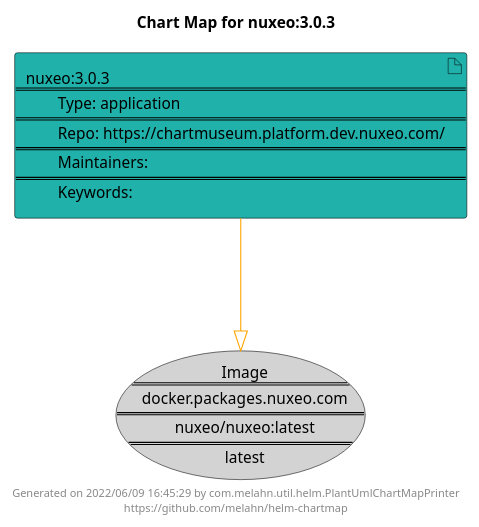
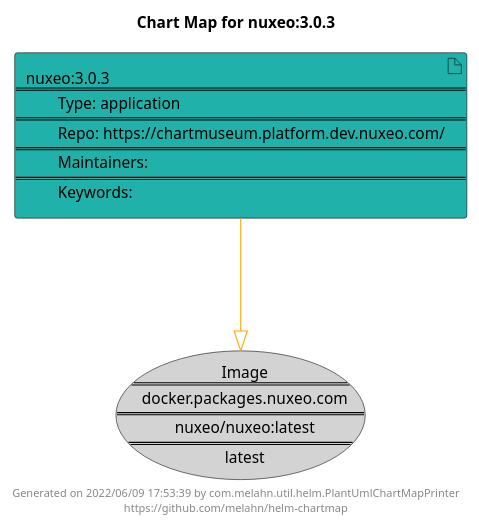
The diagram in docs/nuxeo/nuxeo-3.0.3.puml (melahn/helm-chartmap), drawn with PlantUML before and after one commit. The commit also changed 59 other files, not shown here.

Commit message:
Update Example Chart Maps as part of GitHub build

```diff
--- a/docs/nuxeo/nuxeo-3.0.3.puml
+++ b/docs/nuxeo/nuxeo-3.0.3.puml
@@ -1,21 +1,21 @@
 @startuml
 skinparam linetype ortho
 skinparam backgroundColor white
 skinparam usecaseBorderColor black
 skinparam usecaseArrowColor LightSlateGray
 skinparam artifactBorderColor black
 skinparam artifactArrowColor LightSlateGray
 
 title Chart Map for nuxeo:3.0.3
 
 'There is one referenced Helm Chart
 artifact "nuxeo:3.0.3\n====\n\tType: application\n====\n\tRepo: https://chartmuseum.platform.dev.nuxeo.com/\n====\n\tMaintainers: \n====\n\tKeywords: " as nuxeo_3_0_3 #LightSeaGreen
 
 'There is one referenced Docker Image
 usecase "Image\n====\ndocker.packages.nuxeo.com\n====\nnuxeo/nuxeo:latest\n====\nlatest" as docker_packages_nuxeo_com_nuxeo_nuxeo_latest #LightGray
 
 'Chart Dependencies
 nuxeo_3_0_3--[#orange]-|>docker_packages_nuxeo_com_nuxeo_nuxeo_latest
 
-center footer Generated on 2022/06/09 16:45:29 by com.melahn.util.helm.PlantUmlChartMapPrinter\nhttps://github.com/melahn/helm-chartmap
+center footer Generated on 2022/06/09 17:53:39 by com.melahn.util.helm.PlantUmlChartMapPrinter\nhttps://github.com/melahn/helm-chartmap
 @enduml
```
